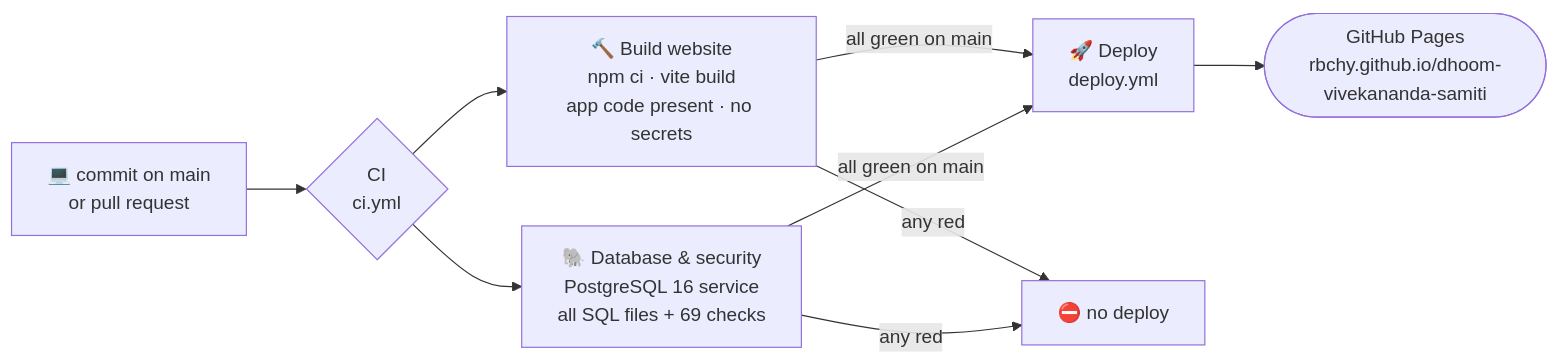
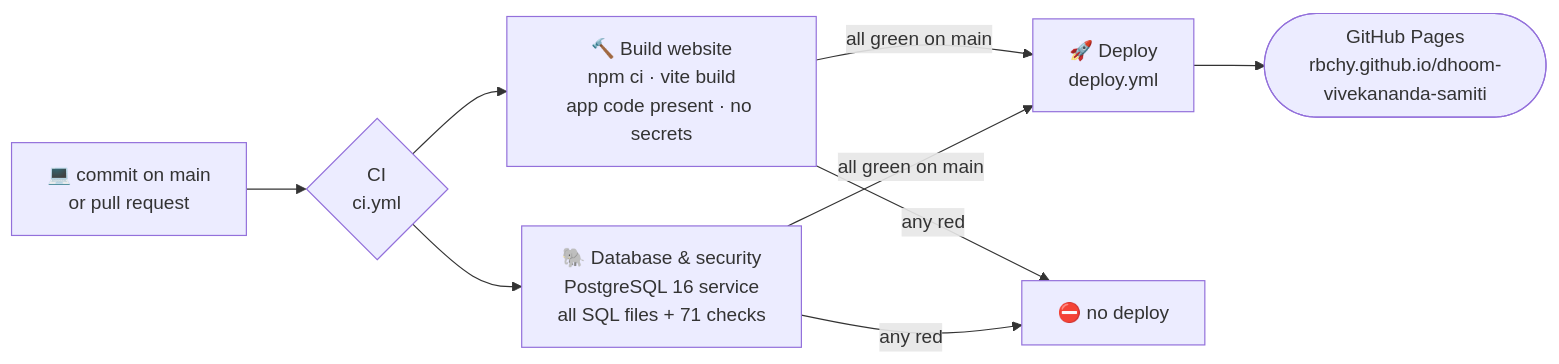
Before and after one commit to rbchy/dhoom-vivekananda-samiti: the fifth of 6 diagrams in README.md, drawn with Mermaid. The commit also changed other lines of this file and 8 other files, not shown here.

````diff
--- a/README.md
+++ b/README.md
@@ -286,9 +286,9 @@
 ```mermaid
 flowchart LR
   DEV["💻 commit on main<br/>or pull request"] --> CI{"CI<br/>ci.yml"}
   CI --> J1["🔨 Build website<br/>npm ci · vite build<br/>app code present · no secrets"]
-  CI --> J2["🐘 Database & security<br/>PostgreSQL 16 service<br/>all SQL files + 69 checks"]
+  CI --> J2["🐘 Database & security<br/>PostgreSQL 16 service<br/>all SQL files + 71 checks"]
   J1 & J2 -->|all green on main| CD["🚀 Deploy<br/>deploy.yml"]
   CD --> PAGES(["GitHub Pages<br/>rbchy.github.io/dhoom-vivekananda-samiti"])
   J1 & J2 -->|any red| STOP["⛔ no deploy"]
 ```
````
